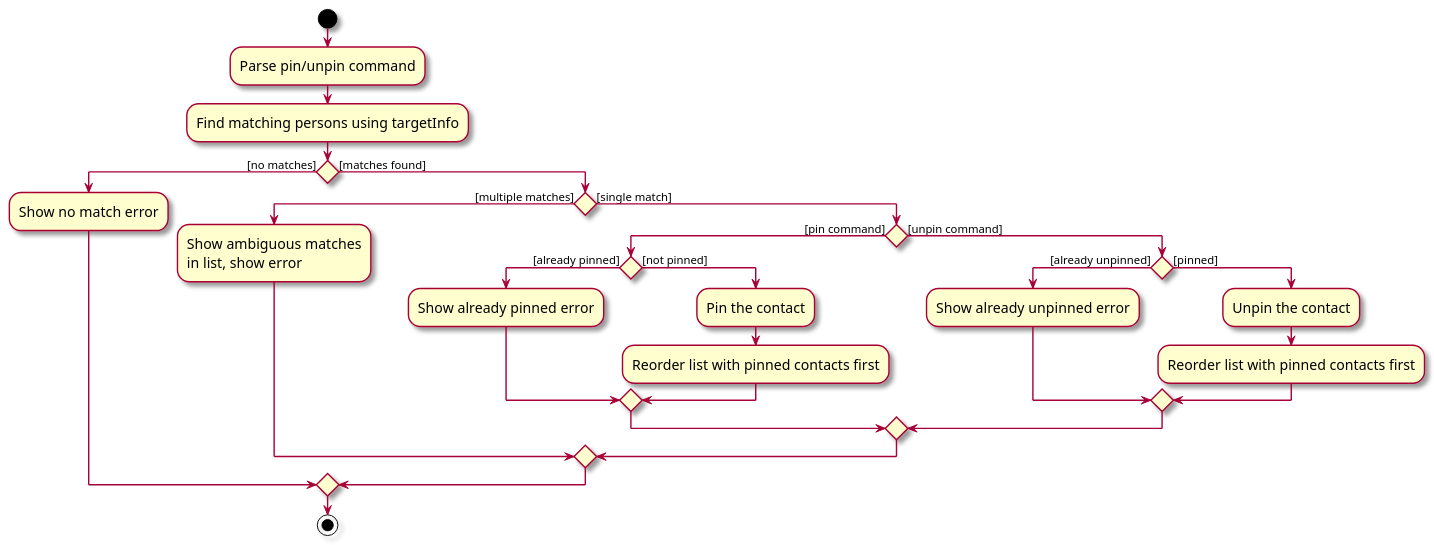
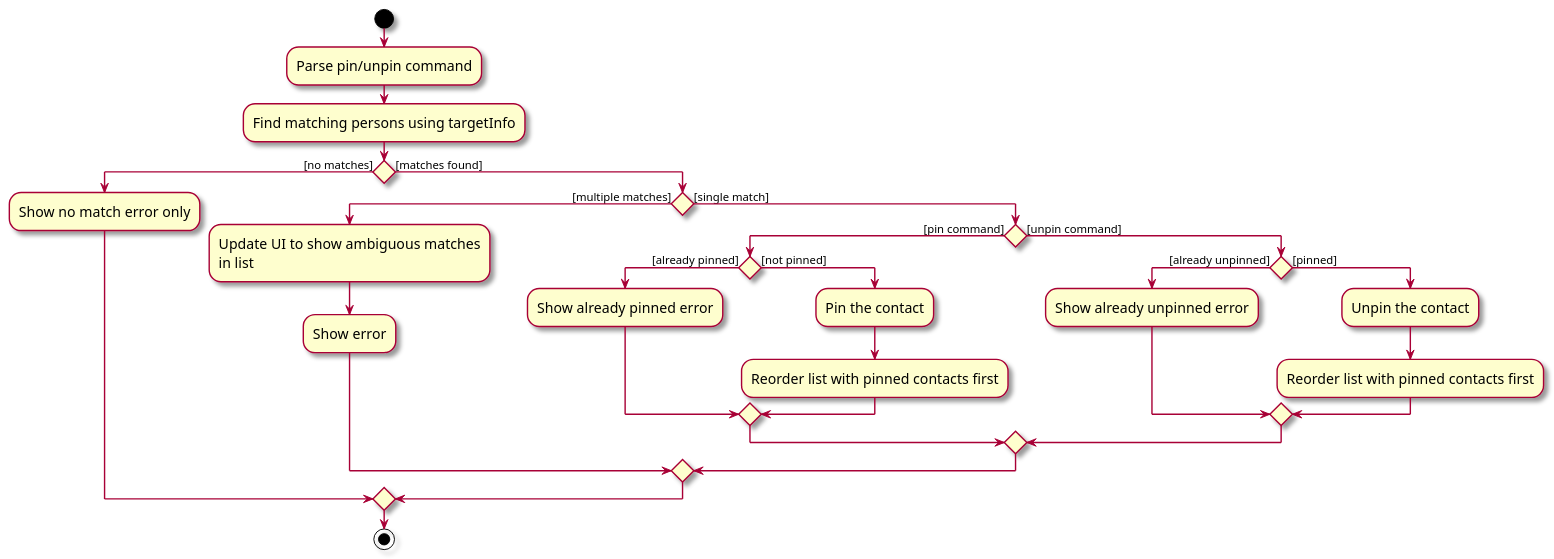
Before and after one commit to AY2526S2-CS2103-F08-4/tp: the diagram in diagrams/PinActivityDiagram.puml, drawn with PlantUML. The commit also changed 25 other files, not shown here.

```diff
--- a/diagrams/PinActivityDiagram.puml
+++ b/diagrams/PinActivityDiagram.puml
@@ -1,35 +1,36 @@
 @startuml
 skin rose
 skinparam ActivityFontSize 15
 skinparam ArrowFontSize 12
 
 start
 :Parse pin/unpin command;
 :Find matching persons using targetInfo;
 
 if () then ([no matches])
-  :Show no match error;
+  :Show no match error only;
 else ([matches found])
   if () then ([multiple matches])
-    :Show ambiguous matches\nin list, show error;
+    :Update UI to show ambiguous matches\nin list;
+    :Show error;
   else ([single match])
     if () then ([pin command])
       if () then ([already pinned])
         :Show already pinned error;
       else ([not pinned])
         :Pin the contact;
         :Reorder list with pinned contacts first;
       endif
     else ([unpin command])
       if () then ([already unpinned])
         :Show already unpinned error;
       else ([pinned])
         :Unpin the contact;
         :Reorder list with pinned contacts first;
       endif
     endif
   endif
 endif
 
 stop
 @enduml
```
